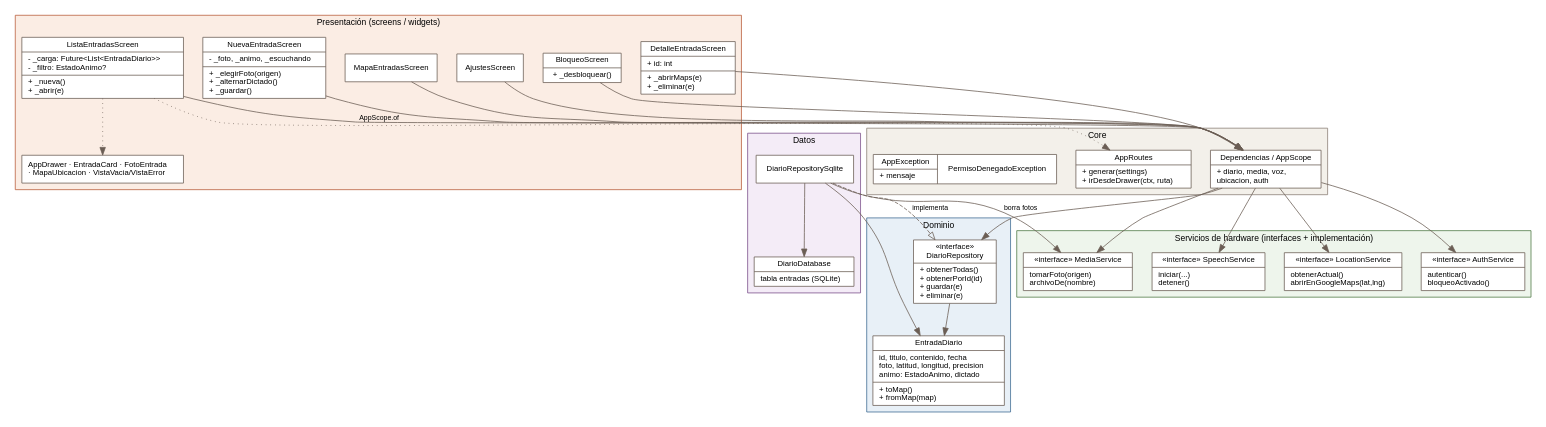
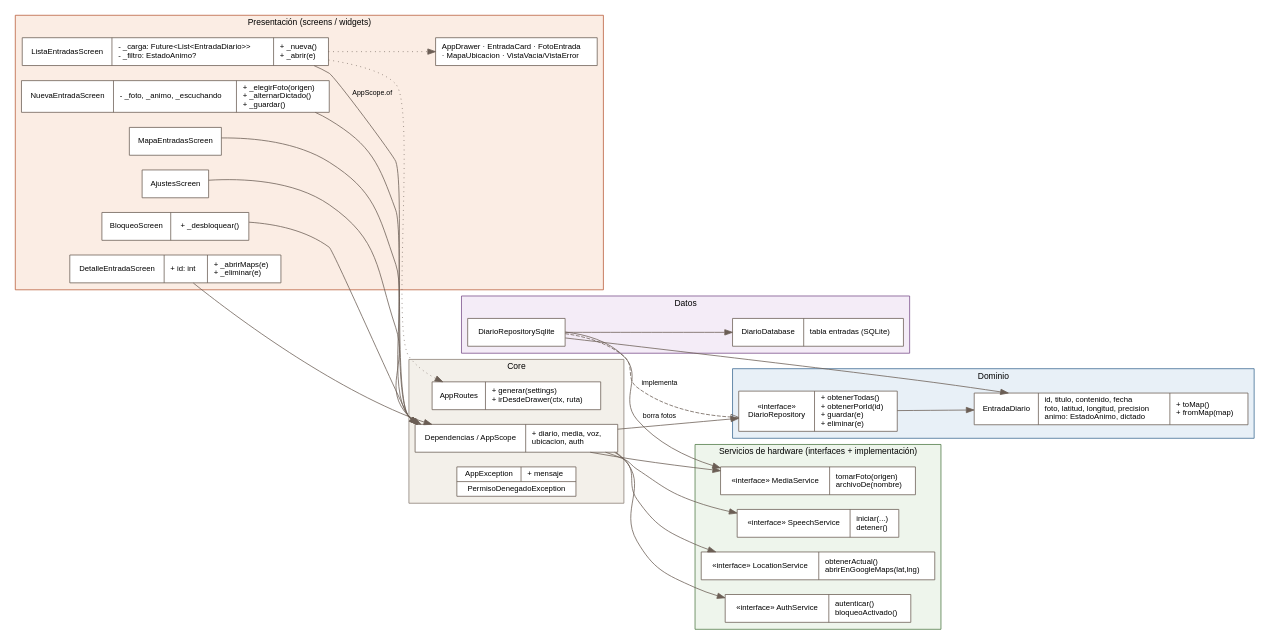
The diagram in docs/diagrama_clases.dot (diegoanahuac/MOVILES_ORDINARIO), drawn with Graphviz before and after one commit. The commit also changed 1 other file, not shown here.

Commit message:
Reorganizar diagrama de clases de izquierda a derecha

```diff
--- a/docs/diagrama_clases.dot
+++ b/docs/diagrama_clases.dot
@@ -1,38 +1,38 @@
 digraph G {
-  rankdir=TB; nodesep=0.35; ranksep=0.55; fontname="Helvetica";
+  rankdir=LR; nodesep=0.25; ranksep=0.7; fontname="Helvetica";
   node [shape=record, fontname="Helvetica", fontsize=10, style=filled, fillcolor="#FFFFFF", color="#6b5e55"];
   edge [fontname="Helvetica", fontsize=9, color="#6b5e55"];
   subgraph cluster_p { label="Presentación (screens / widgets)"; style=filled; fillcolor="#FBEDE4"; color="#B85C38"; fontsize=11;
     Bloqueo [label="{BloqueoScreen|+ _desbloquear()}"];
     Lista [label="{ListaEntradasScreen|- _carga: Future\<List\<EntradaDiario\>\>\l- _filtro: EstadoAnimo?\l|+ _nueva()\l+ _abrir(e)\l}"];
     Detalle [label="{DetalleEntradaScreen|+ id: int\l|+ _abrirMaps(e)\l+ _eliminar(e)\l}"];
     Nueva [label="{NuevaEntradaScreen|- _foto, _animo, _escuchando\l|+ _elegirFoto(origen)\l+ _alternarDictado()\l+ _guardar()\l}"];
     Mapa [label="{MapaEntradasScreen}"]; Ajustes [label="{AjustesScreen}"];
     Widgets [label="{AppDrawer · EntradaCard · FotoEntrada\l· MapaUbicacion · VistaVacia/VistaError\l}"];
   }
   subgraph cluster_c { label="Core"; style=filled; fillcolor="#F3F0EA"; color="#8a7f76"; fontsize=11;
     Rutas [label="{AppRoutes|+ generar(settings)\l+ irDesdeDrawer(ctx, ruta)\l}"];
     Deps [label="{Dependencias / AppScope|+ diario, media, voz,\l  ubicacion, auth\l}"];
     Exc [label="{AppException|+ mensaje\l}|PermisoDenegadoException"];
   }
   subgraph cluster_d { label="Dominio"; style=filled; fillcolor="#E8F0F7"; color="#3d6a92"; fontsize=11;
     Modelo [label="{EntradaDiario|id, titulo, contenido, fecha\lfoto, latitud, longitud, precision\lanimo: EstadoAnimo, dictado\l|+ toMap()\l+ fromMap(map)\l}"];
     IRepo [label="{«interface»\nDiarioRepository|+ obtenerTodas()\l+ obtenerPorId(id)\l+ guardar(e)\l+ eliminar(e)\l}"];
   }
   subgraph cluster_s { label="Servicios de hardware (interfaces + implementación)"; style=filled; fillcolor="#EEF5EC"; color="#4f7a45"; fontsize=11;
     Media [label="{«interface» MediaService|tomarFoto(origen)\larchivoDe(nombre)\l}"];
     Voz [label="{«interface» SpeechService|iniciar(...)\ldetener()\l}"];
     Ubic [label="{«interface» LocationService|obtenerActual()\labrirEnGoogleMaps(lat,lng)\l}"];
     Auth [label="{«interface» AuthService|autenticar()\lbloqueoActivado()\l}"];
   }
   subgraph cluster_da { label="Datos"; style=filled; fillcolor="#F4ECF7"; color="#7a4f8a"; fontsize=11;
     RepoSql [label="{DiarioRepositorySqlite}"];
     DB [label="{DiarioDatabase|tabla entradas (SQLite)\l}"];
   }
   RepoSql -> IRepo [arrowhead=empty, style=dashed, label=" implementa"];
   RepoSql -> DB; RepoSql -> Media [label=" borra fotos"]; RepoSql -> Modelo;
   Deps -> IRepo; Deps -> Media; Deps -> Voz; Deps -> Ubic; Deps -> Auth;
   Lista -> Deps [label=" AppScope.of"]; Nueva -> Deps; Detalle -> Deps; Bloqueo -> Deps; Mapa -> Deps; Ajustes -> Deps;
   Lista -> Rutas [style=dotted]; Lista -> Widgets [style=dotted];
   IRepo -> Modelo;
 }
```
